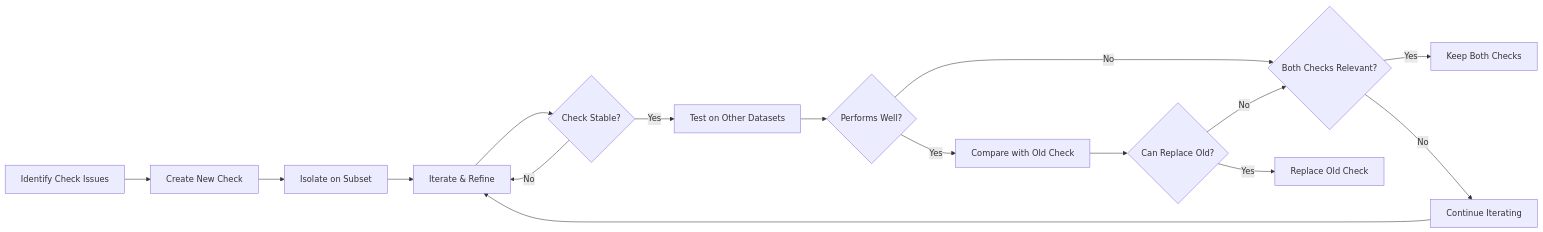
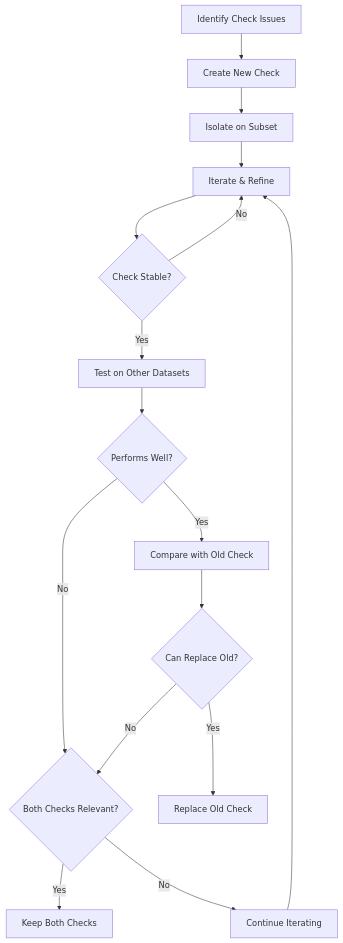
Before and after one commit to Giskard-AI/giskard-hub: the diagram in script-docs/hub/ui/annotate/checks.rst, drawn with Mermaid. The commit also changed 1 other file, not shown here.

Commit message:
Enhance Mermaid chart styling

```diff
--- a/script-docs/hub/ui/annotate/checks.rst
+++ b/script-docs/hub/ui/annotate/checks.rst
@@ -272,19 +272,19 @@
 .. mermaid::
    :align: center
 
-   graph LR
+   graph TD
        A[Identify Check Issues] --> B[Create New Check]
        B --> C[Isolate on Subset]
        C --> D[Iterate & Refine]
        D --> E{Check Stable?}
        E -->|No| D
        E -->|Yes| F[Test on Other Datasets]
        F --> G{Performs Well?}
        G -->|Yes| H[Compare with Old Check]
        G -->|No| I{Both Checks Relevant?}
+       H --> L{Can Replace Old?}
+       L -->|Yes| M[Replace Old Check]
+       L -->|No| I
        I -->|Yes| J[Keep Both Checks]
        I -->|No| K[Continue Iterating]
        K --> D
-       H --> L{Can Replace Old?}
-       L -->|Yes| M[Replace Old Check]
-       L -->|No| I
```
